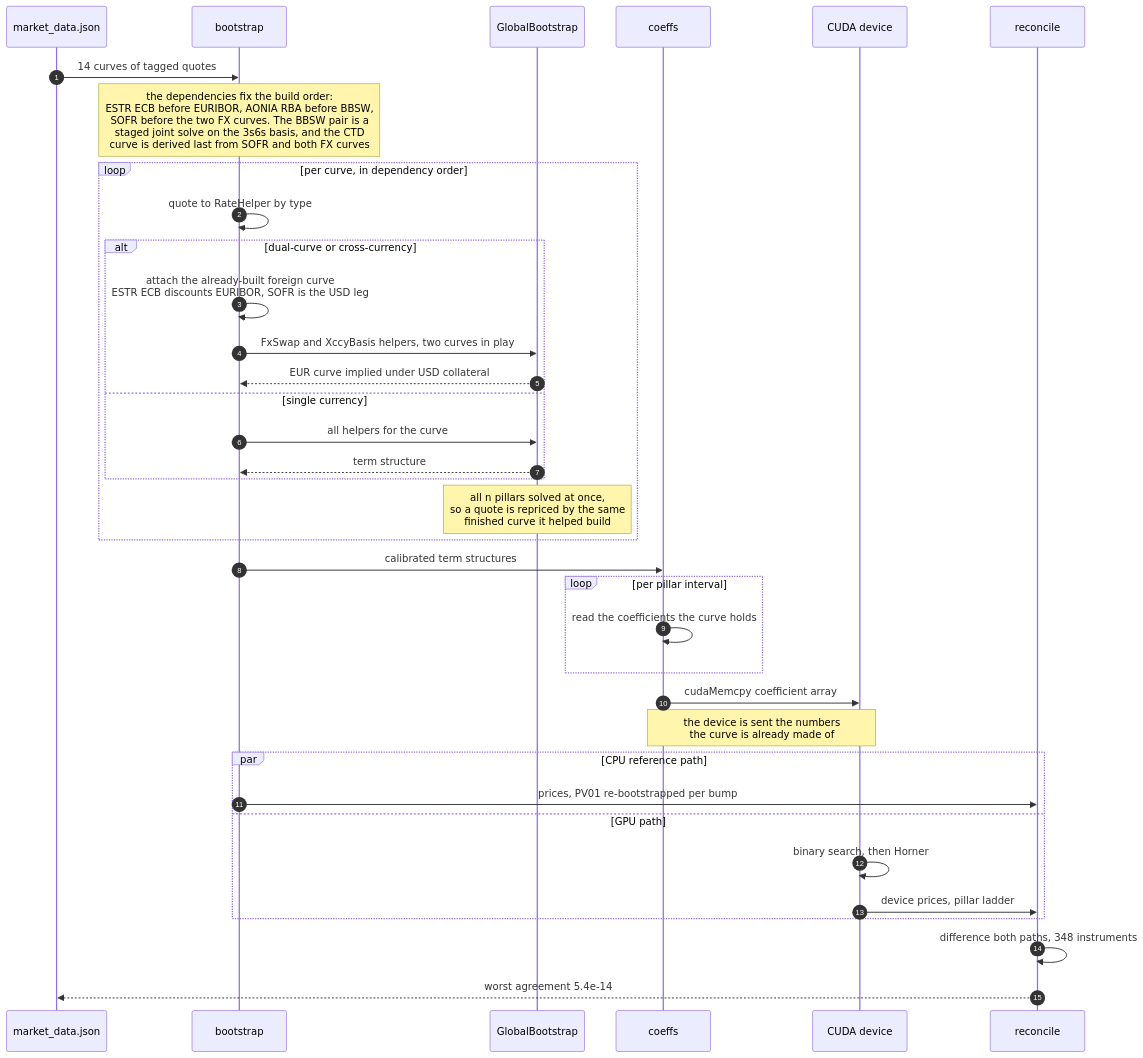
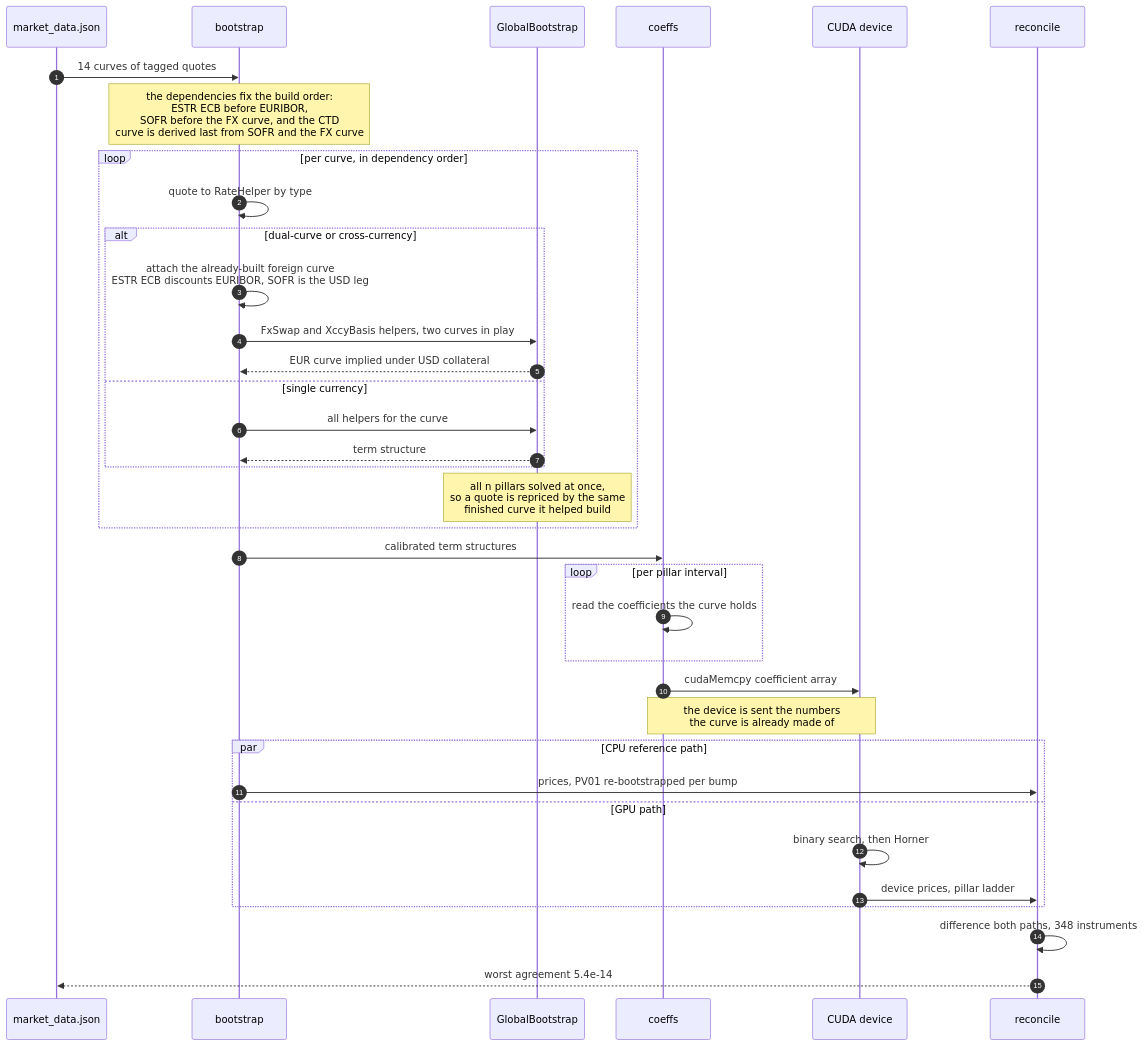
One commit to jrwglover/portfolio changed the diagram in src/components/dashboards/curve_model/diagrams/valuation-run.mmd. Above: the diagram before and after it, drawn with Mermaid. The commit also changed 28 other files, not shown here.

```diff
--- a/src/components/dashboards/curve_model/diagrams/valuation-run.mmd
+++ b/src/components/dashboards/curve_model/diagrams/valuation-run.mmd
@@ -1,45 +1,45 @@
 %% One valuation run, in order, with the real operations named.
 %% Note: avoid "->", angle brackets and semicolons in message text. The
 %% lexer reads them as arrow tokens and fails to parse.
 sequenceDiagram
   autonumber
   participant MD as market_data.json
   participant B as bootstrap
   participant QL as GlobalBootstrap
   participant SC as coeffs
   participant GPU as CUDA device
   participant V as reconcile
 
   MD->>B: 14 curves of tagged quotes
 
-  Note over B: the dependencies fix the build order:<br/>ESTR ECB before EURIBOR, AONIA RBA before BBSW,<br/>SOFR before the two FX curves. The BBSW pair is a<br/>staged joint solve on the 3s6s basis, and the CTD<br/>curve is derived last from SOFR and both FX curves
+  Note over B: the dependencies fix the build order:<br/>ESTR ECB before EURIBOR,<br/>SOFR before the FX curve, and the CTD<br/>curve is derived last from SOFR and the FX curve
 
   loop per curve, in dependency order
     B->>B: quote to RateHelper by type
     alt dual-curve or cross-currency
       B->>B: attach the already-built foreign curve<br/>ESTR ECB discounts EURIBOR, SOFR is the USD leg
       B->>QL: FxSwap and XccyBasis helpers, two curves in play
       QL-->>B: EUR curve implied under USD collateral
     else single currency
       B->>QL: all helpers for the curve
       QL-->>B: term structure
     end
     Note over QL: all n pillars solved at once,<br/>so a quote is repriced by the same<br/>finished curve it helped build
   end
 
   B->>SC: calibrated term structures
   loop per pillar interval
     SC->>SC: read the coefficients the curve holds
   end
   SC->>GPU: cudaMemcpy coefficient array
   Note over SC,GPU: the device is sent the numbers<br/>the curve is already made of
 
   par CPU reference path
     B->>V: prices, PV01 re-bootstrapped per bump
   and GPU path
     GPU->>GPU: binary search, then Horner
     GPU->>V: device prices, pillar ladder
   end
 
   V->>V: difference both paths, 348 instruments
   V-->>MD: worst agreement 5.4e-14
```
